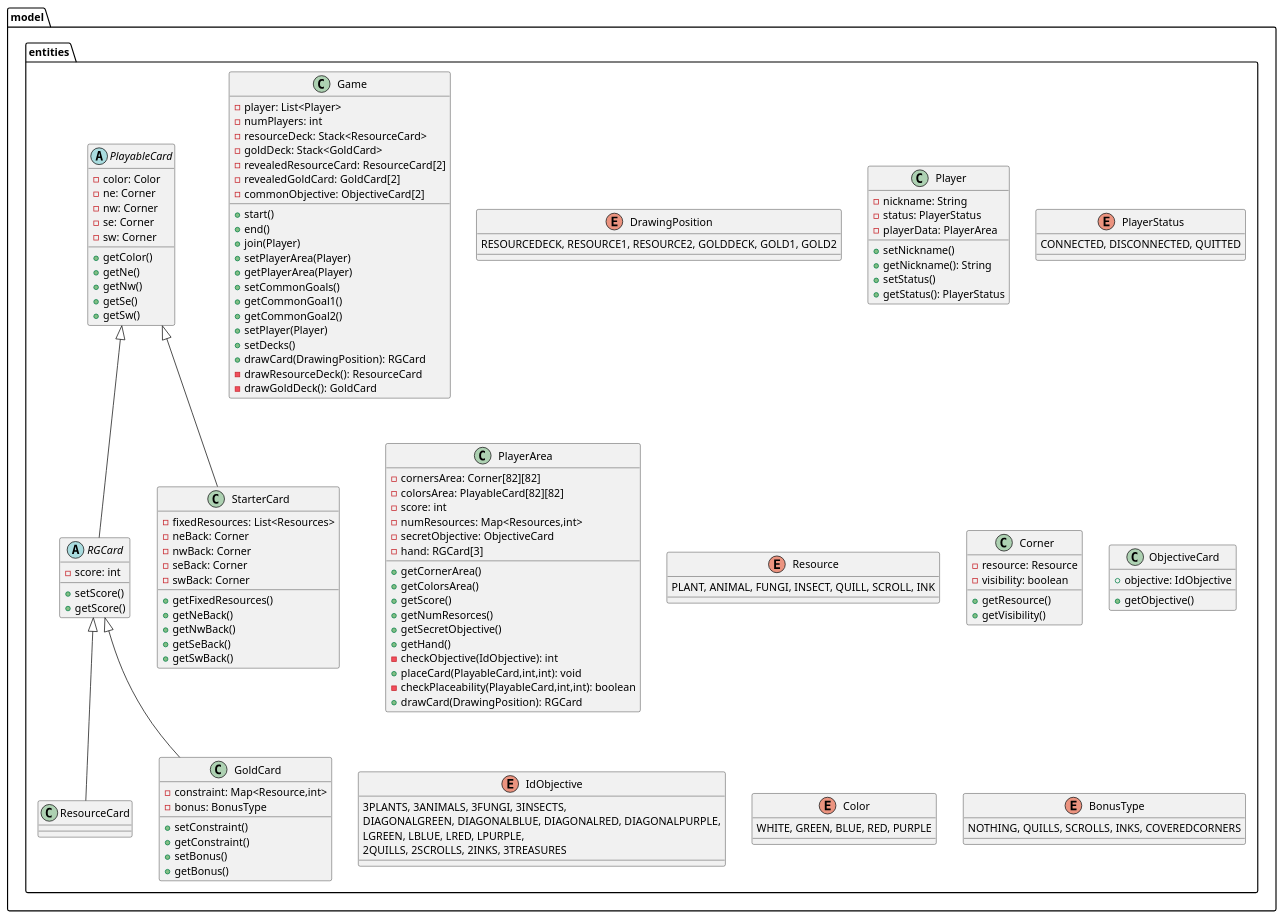
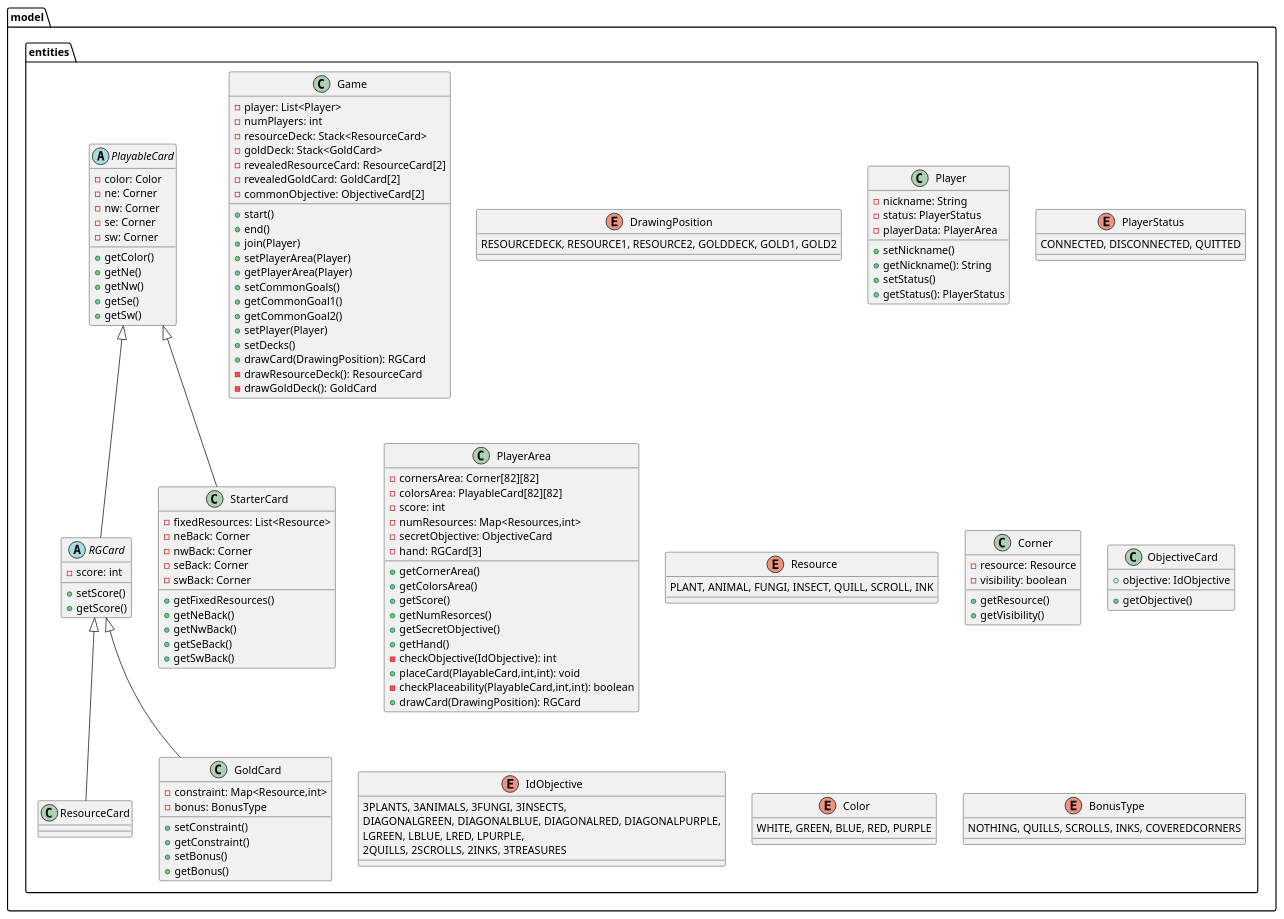
Before and after one commit to versi379/ing-sw-2024-versiglioni-pellicari-tagliabue-ravasi: the diagram in UML/model.plantuml, drawn with PlantUML. The commit also changed 10 other files, not shown here.

Commit message:
UML v2.1 (correzione piccola) primo scheletro delle classi

```diff
--- a/UML/model.plantuml
+++ b/UML/model.plantuml
@@ -1,151 +1,151 @@
 @startuml model_entities
 
 package model.entities {
 
   class Game {
     - player: List<Player>
     - numPlayers: int
     - resourceDeck: Stack<ResourceCard>
     - goldDeck: Stack<GoldCard>
     - revealedResourceCard: ResourceCard[2]
     - revealedGoldCard: GoldCard[2]
     - commonObjective: ObjectiveCard[2]
 
     + start()
     + end()
     + join(Player)
     + setPlayerArea(Player)
     + getPlayerArea(Player)
     + setCommonGoals()
     + getCommonGoal1()
     + getCommonGoal2()
     + setPlayer(Player)
     + setDecks()
     + drawCard(DrawingPosition): RGCard
     - drawResourceDeck(): ResourceCard
     - drawGoldDeck(): GoldCard
   }
 
   enum DrawingPosition {
     RESOURCEDECK, RESOURCE1, RESOURCE2, GOLDDECK, GOLD1, GOLD2
   }
 
   class Player {
     - nickname: String
     - status: PlayerStatus
     - playerData: PlayerArea
 
     + setNickname()
     + getNickname(): String
     + setStatus()
     + getStatus(): PlayerStatus
   }
 
   enum PlayerStatus {
     CONNECTED, DISCONNECTED, QUITTED
   }
 
   class PlayerArea {
     - cornersArea: Corner[82][82]
     - colorsArea: PlayableCard[82][82]
     - score: int
     - numResources: Map<Resources,int>
     - secretObjective: ObjectiveCard
     - hand: RGCard[3]
 
     + getCornerArea()
     + getColorsArea()
     + getScore()
     + getNumResorces()
     + getSecretObjective()
     + getHand()
     - checkObjective(IdObjective): int
     + placeCard(PlayableCard,int,int): void
     - checkPlaceability(PlayableCard,int,int): boolean
     + drawCard(DrawingPosition): RGCard
   }
 
   enum Resource {
     PLANT, ANIMAL, FUNGI, INSECT, QUILL, SCROLL, INK
   }
 
   class Corner {
     - resource: Resource
     - visibility: boolean
 
     + getResource()
     + getVisibility()
   }
 
   class ObjectiveCard {
     + objective: IdObjective
 
     + getObjective()
   }
 
   enum IdObjective {
       3PLANTS, 3ANIMALS, 3FUNGI, 3INSECTS,
       DIAGONALGREEN, DIAGONALBLUE, DIAGONALRED, DIAGONALPURPLE,
       LGREEN, LBLUE, LRED, LPURPLE,
       2QUILLS, 2SCROLLS, 2INKS, 3TREASURES
   }
 
   abstract class PlayableCard {
     - color: Color
     - ne: Corner
     - nw: Corner
     - se: Corner
     - sw: Corner
 
     + getColor()
     + getNe()
     + getNw()
     + getSe()
     + getSw()
   }
 
    enum Color {
     WHITE, GREEN, BLUE, RED, PURPLE
   }
 
   abstract class RGCard extends PlayableCard {
     - score: int
 
     + setScore()
     + getScore()
   }
 
   class ResourceCard extends RGCard {
 
   }
 
   class GoldCard extends RGCard {
     - constraint: Map<Resource,int>
     - bonus: BonusType
 
     + setConstraint()
     + getConstraint()
     + setBonus()
     + getBonus()
   }
 
   enum BonusType {
     NOTHING, QUILLS, SCROLLS, INKS, COVEREDCORNERS
   }
 
   class StarterCard extends PlayableCard {
-    - fixedResources: List<Resources>
+    - fixedResources: List<Resource>
     - neBack: Corner
     - nwBack: Corner
     - seBack: Corner
     - swBack: Corner
 
     + getFixedResources()
     + getNeBack()
     + getNwBack()
     + getSeBack()
     + getSwBack()
   }
 }
 
 @enduml
```
